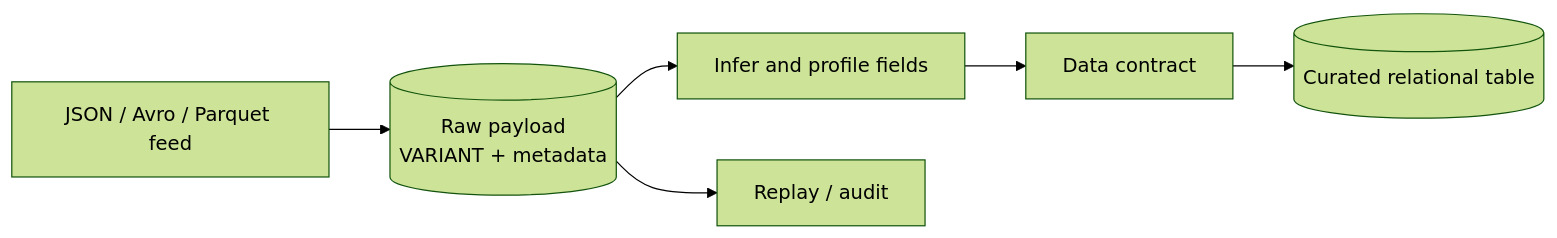
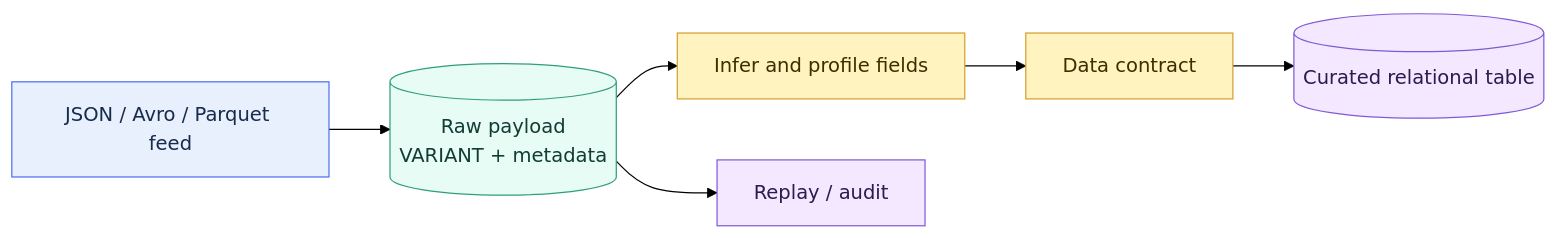
Before and after one commit to shonningsoy/Upskill: the diagram in 01 Snowflake/04 Data Engineering/29 Semi-structured Data, Schema Drift, and Data Contracts.md, drawn with Mermaid (forest theme). The commit also changed other lines of this file and 14 other files, not shown here.

````diff
--- a/01 Snowflake/04 Data Engineering/29 Semi-structured Data, Schema Drift, and Data Contracts.md
+++ b/01 Snowflake/04 Data Engineering/29 Semi-structured Data, Schema Drift, and Data Contracts.md
@@ -61,8 +64,18 @@
 ```mermaid
 flowchart LR
     SRC[JSON / Avro / Parquet feed] --> RAW[(Raw payload<br/>VARIANT + metadata)]
     RAW --> PROFILE[Infer and profile fields]
     PROFILE --> CONTRACT[Data contract]
     CONTRACT --> CUR[(Curated relational table)]
     RAW --> REPLAY[Replay / audit]
+
+    classDef input fill:#E8F0FE,stroke:#4C6EF5,color:#172B4D
+    classDef control fill:#FFF3BF,stroke:#D69E2E,color:#3D2E00
+    classDef snowflake fill:#E6FCF5,stroke:#2F9E7B,color:#123C34
+    classDef platform fill:#F1F3F5,stroke:#868E96,color:#212529
+    classDef output fill:#F3E8FF,stroke:#805AD5,color:#2D1B4E
+    class SRC input
+    class PROFILE,CONTRACT control
+    class RAW snowflake
+    class CUR,REPLAY output
 ```
````
